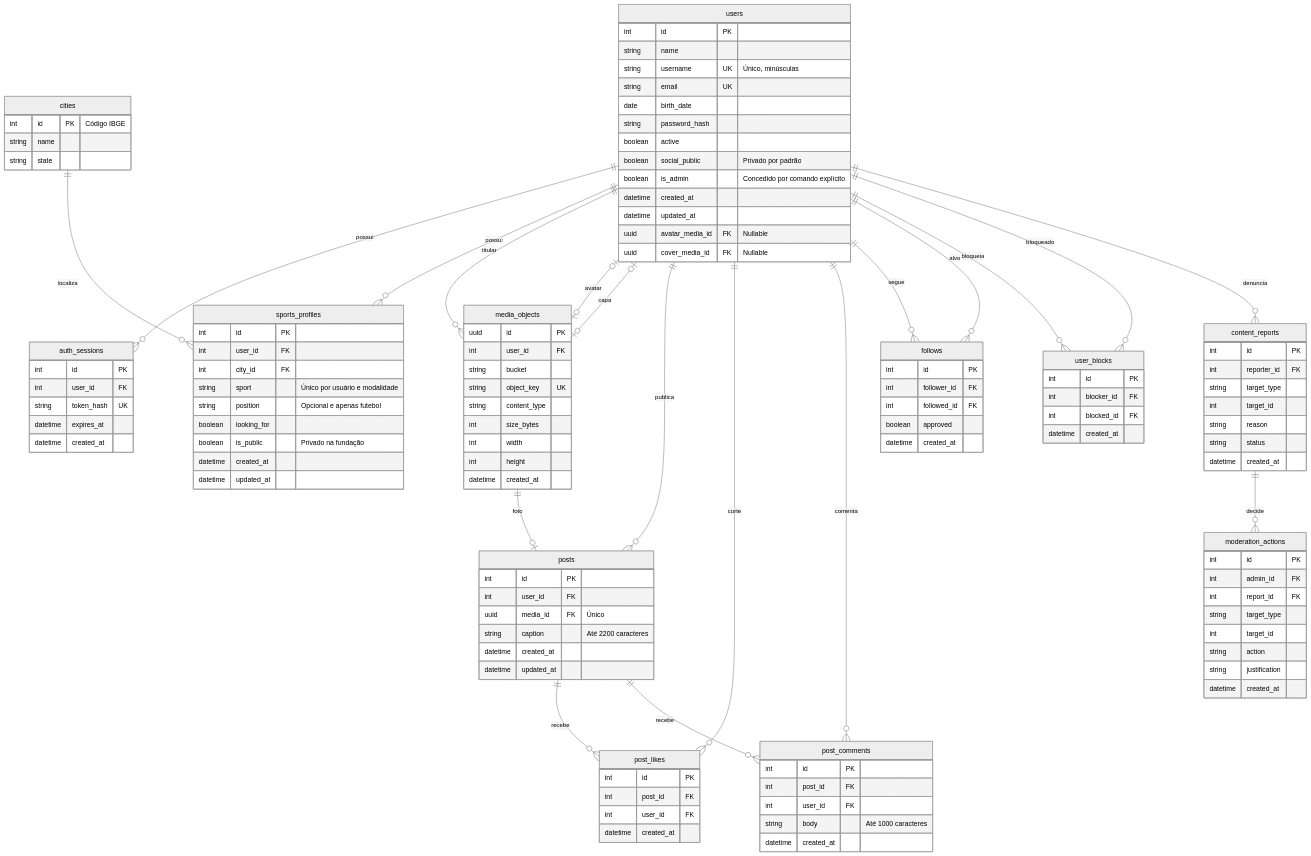
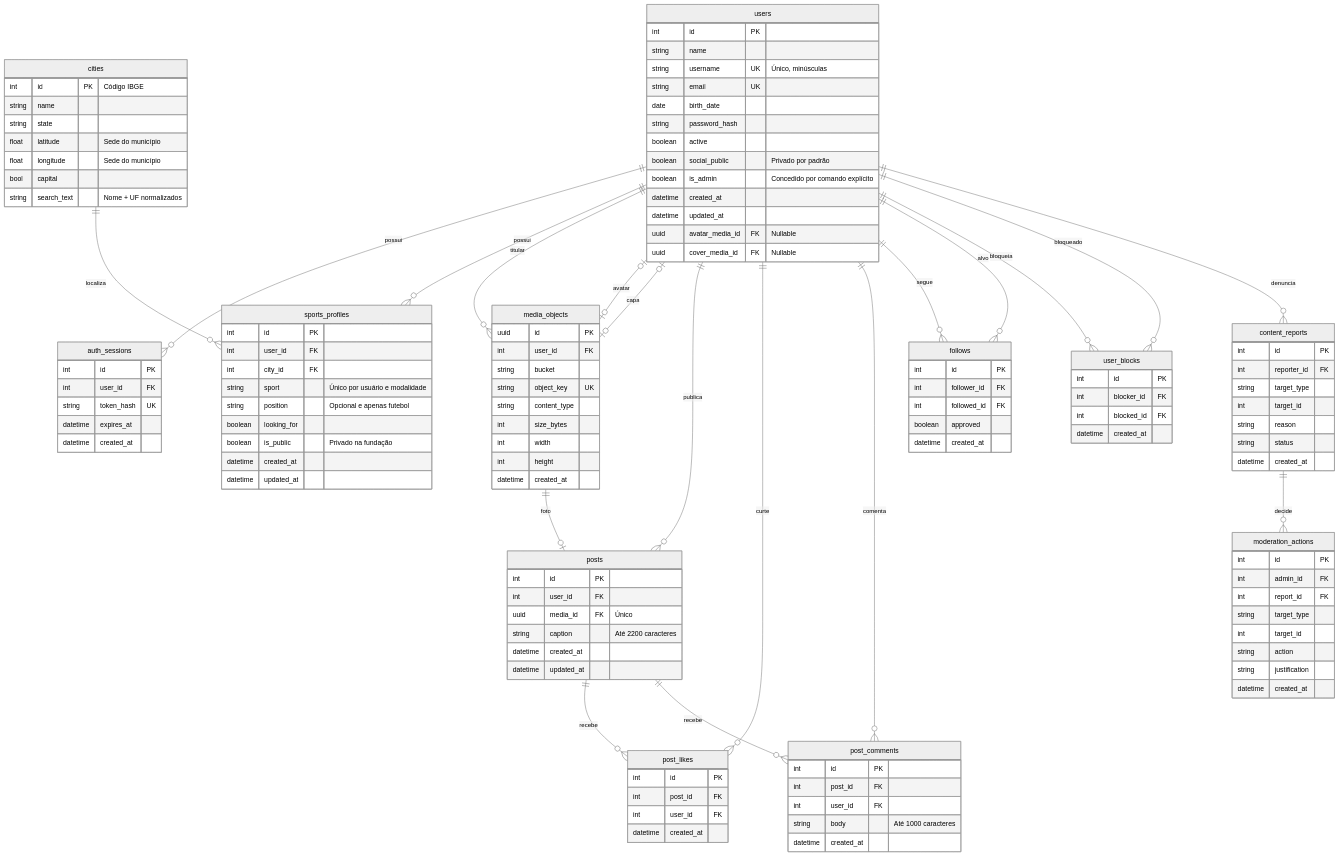
The second of 2 diagrams in docs/diagramas/fundacao.md (davicl04/arena), drawn with Mermaid (neutral theme) before and after one commit.

Commit message:
docs: atualiza a tabela de cidades no diagrama da fundação

```diff
--- a/docs/diagramas/fundacao.md
+++ b/docs/diagramas/fundacao.md
@@ -73,6 +73,10 @@
         int id PK "Código IBGE"
         string name
         string state
+        float latitude "Sede do município"
+        float longitude "Sede do município"
+        bool capital
+        string search_text "Nome + UF normalizados"
     }
     sports_profiles {
         int id PK
```
